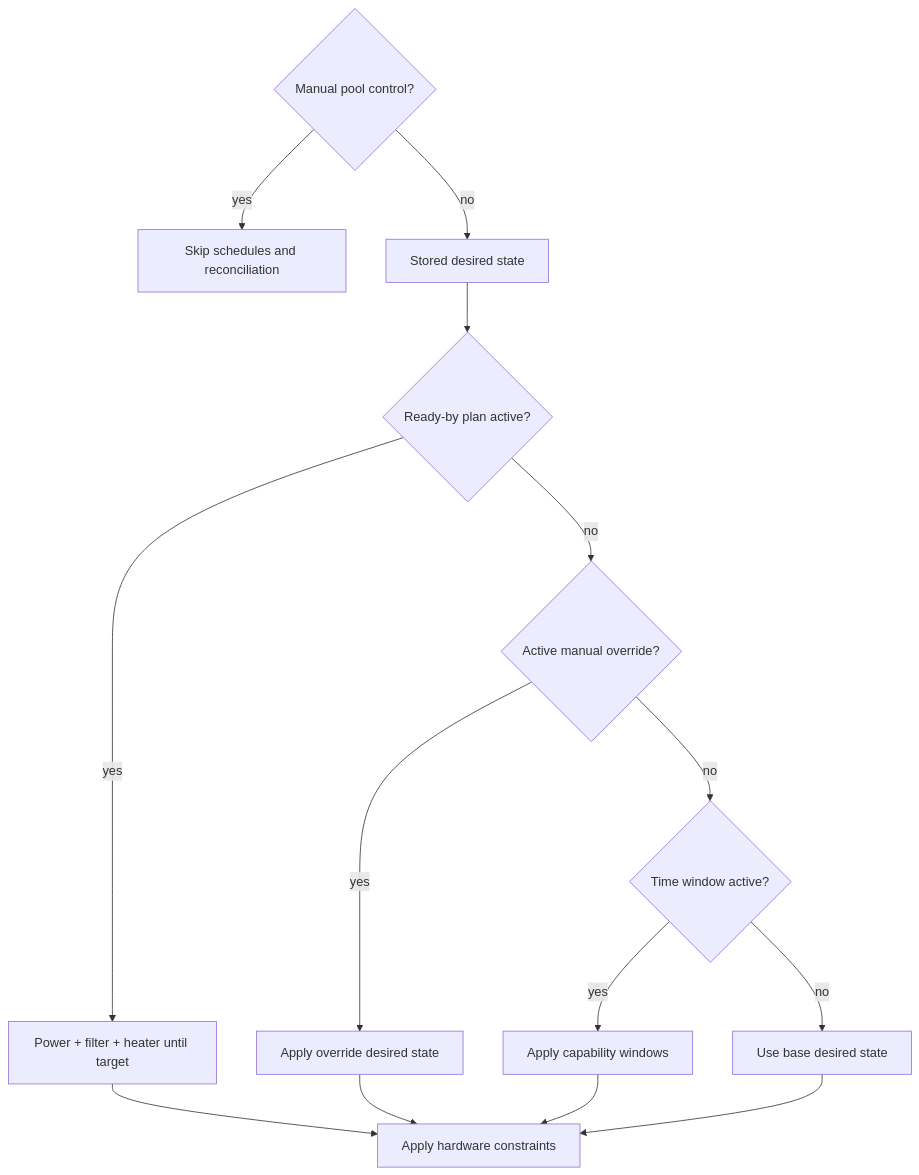
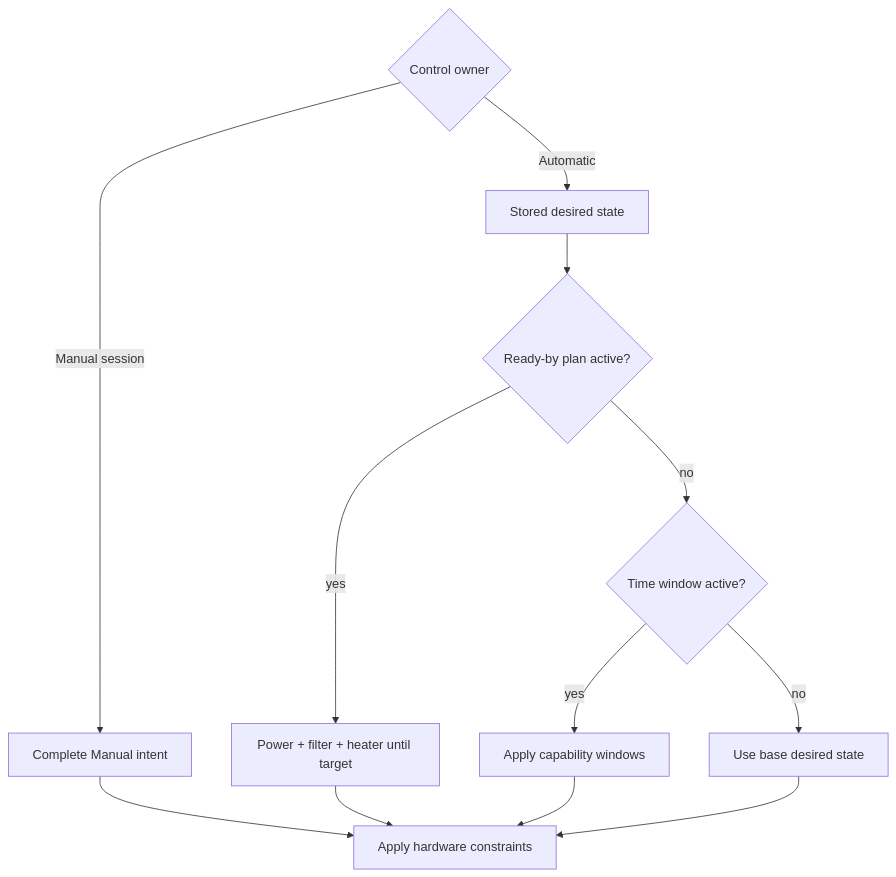
The second of 3 diagrams in README.md (thieso2/poold), drawn with Mermaid before and after one commit. The commit also changed other lines of this file and 20 other files, not shown here.

Commit message:
Remove legacy manual control

````diff
--- a/README.md
+++ b/README.md
@@ -178,16 +128,14 @@
 ```mermaid
 flowchart TD
-  Mode{Manual pool control?} -->|yes| Skip[Skip schedules and reconciliation]
-  Mode -->|no| Base[Stored desired state]
+  Owner{Control owner} -->|Manual session| Intent[Complete Manual intent]
+  Owner -->|Automatic| Base[Stored desired state]
   Base --> Ready{Ready-by plan active?}
   Ready -->|yes| Heat[Power + filter + heater until target]
-  Ready -->|no| Manual{Active manual override?}
-  Manual -->|yes| Override[Apply override desired state]
-  Manual -->|no| Window{Time window active?}
+  Ready -->|no| Window{Time window active?}
   Window -->|yes| WindowDesired[Apply capability windows]
   Window -->|no| BaseOnly[Use base desired state]
-  Override --> Hardware[Apply hardware constraints]
+  Intent --> Hardware[Apply hardware constraints]
   Heat --> Hardware
   WindowDesired --> Hardware
   BaseOnly --> Hardware
 ```
````
